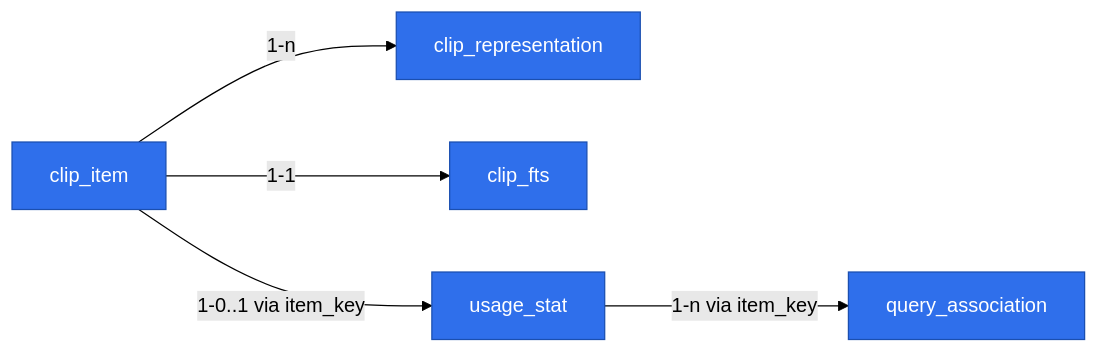
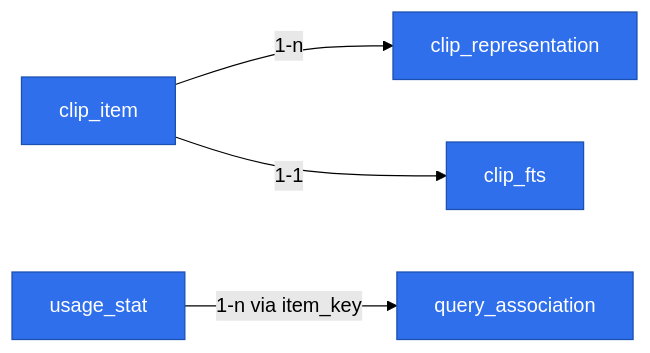
The second of 2 diagrams in .ai/specs/2026-10-31-pounce-launcher-mvp.md (mjozefiak/Pounce), drawn with Mermaid (forest theme) before and after one commit. The commit also changed other lines of this file and 1 other file, not shown here.

````diff
--- a/.ai/specs/2026-10-31-pounce-launcher-mvp.md
+++ b/.ai/specs/2026-10-31-pounce-launcher-mvp.md
@@ -124,13 +168,12 @@
 ```mermaid
 flowchart LR
     classDef newEntity fill:#2f6feb,color:#fff,stroke:#1b4fb0
     entity_1["clip_item"]:::newEntity
     entity_2["clip_representation"]:::newEntity
     entity_3["clip_fts"]:::newEntity
     entity_4["usage_stat"]:::newEntity
     entity_5["query_association"]:::newEntity
     entity_1 -->|1-n| entity_2
     entity_1 -->|1-1| entity_3
-    entity_1 -->|1-0..1 via item_key| entity_4
     entity_4 -->|1-n via item_key| entity_5
 ```
````
